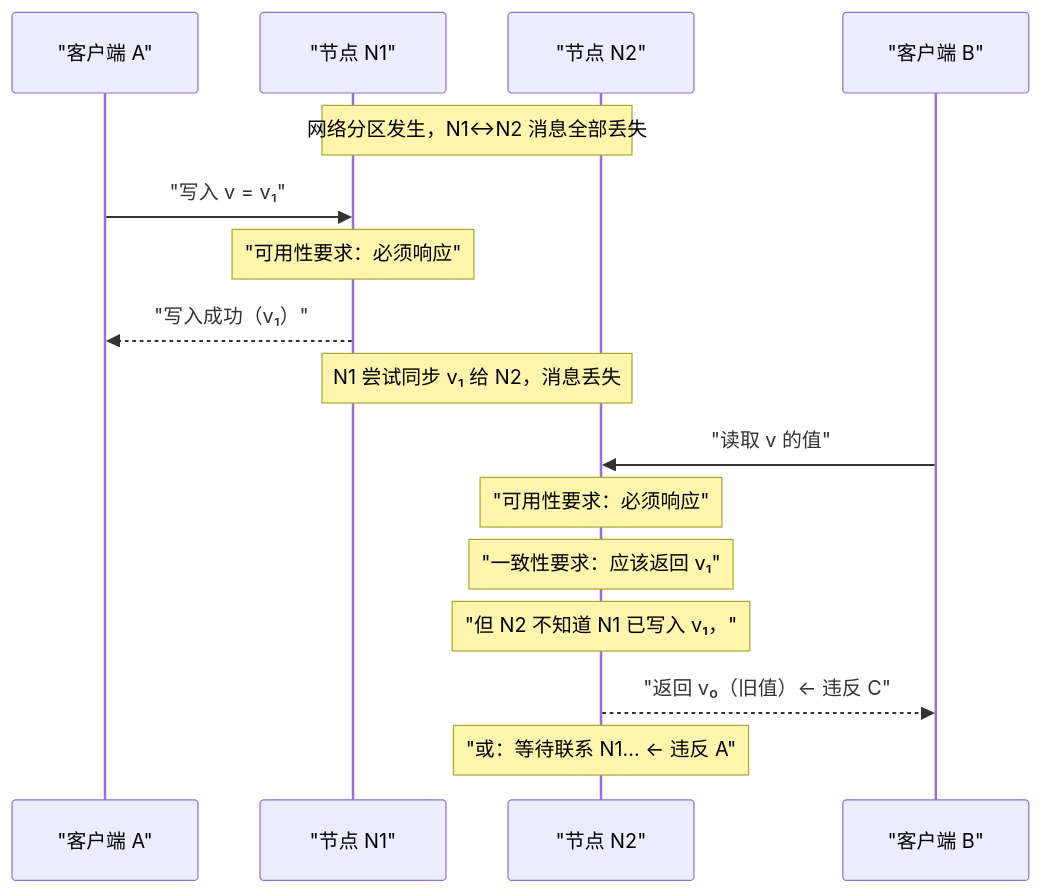
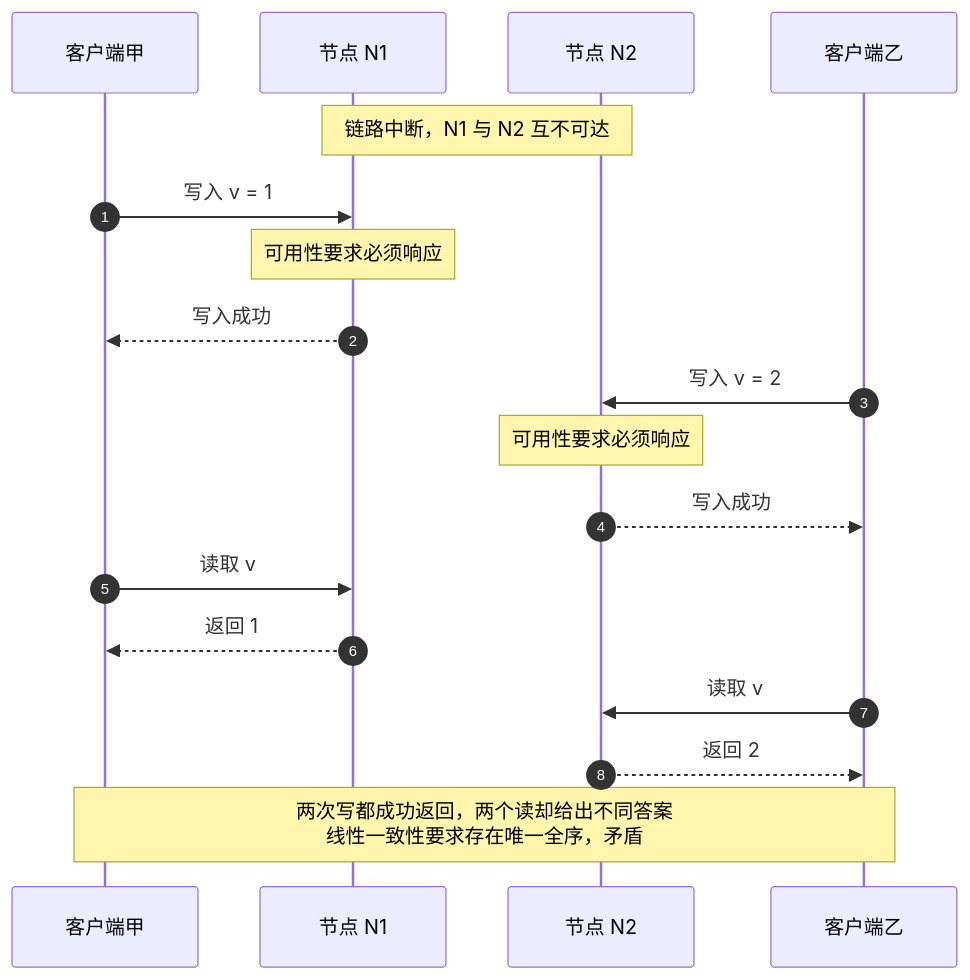
The third of 4 diagrams in content/分布式架构/分布式系统原理与协议/02 CAP 定理深度解析.md (hpliStartAgain/my-brain), drawn with Mermaid before and after one commit. The commit also changed other lines of this file and 259 other files, not shown here.

````diff
--- a/content/分布式架构/分布式系统原理与协议/02 CAP 定理深度解析.md
+++ b/content/分布式架构/分布式系统原理与协议/02 CAP 定理深度解析.md
@@ -198,23 +224,21 @@
 ```mermaid
 %%{init: {'theme': 'dracula'}}%%
 sequenceDiagram
-    participant C1 as "客户端 A"
-    participant N1 as "节点 N1"
-    participant N2 as "节点 N2"
-    participant C2 as "客户端 B"
-
-    Note over N1,N2: 网络分区发生，N1↔N2 消息全部丢失
-
-    C1->>N1: "写入 v = v₁"
-    Note over N1: "可用性要求：必须响应"
-    N1-->>C1: "写入成功（v₁）"
-
-    Note over N1,N2: N1 尝试同步 v₁ 给 N2，消息丢失
-
-    C2->>N2: "读取 v 的值"
-    Note over N2: "可用性要求：必须响应"
-    Note over N2: "一致性要求：应该返回 v₁"
-    Note over N2: "但 N2 不知道 N1 已写入 v₁，"
-    N2-->>C2: "返回 v₀（旧值）← 违反 C"
-    Note over N2: "或：等待联系 N1... ← 违反 A"
+    autonumber
+    participant C1 as 客户端甲
+    participant N1 as 节点 N1
+    participant N2 as 节点 N2
+    participant C2 as 客户端乙
+    Note over N1,N2: 链路中断，N1 与 N2 互不可达
+    C1->>N1: 写入 v = 1
+    Note over N1: 可用性要求必须响应
+    N1-->>C1: 写入成功
+    C2->>N2: 写入 v = 2
+    Note over N2: 可用性要求必须响应
+    N2-->>C2: 写入成功
+    C1->>N1: 读取 v
+    N1-->>C1: 返回 1
+    C2->>N2: 读取 v
+    N2-->>C2: 返回 2
+    Note over C1,C2: 两次写都成功返回，两个读却给出不同答案<br/>线性一致性要求存在唯一全序，矛盾
 ```
````
